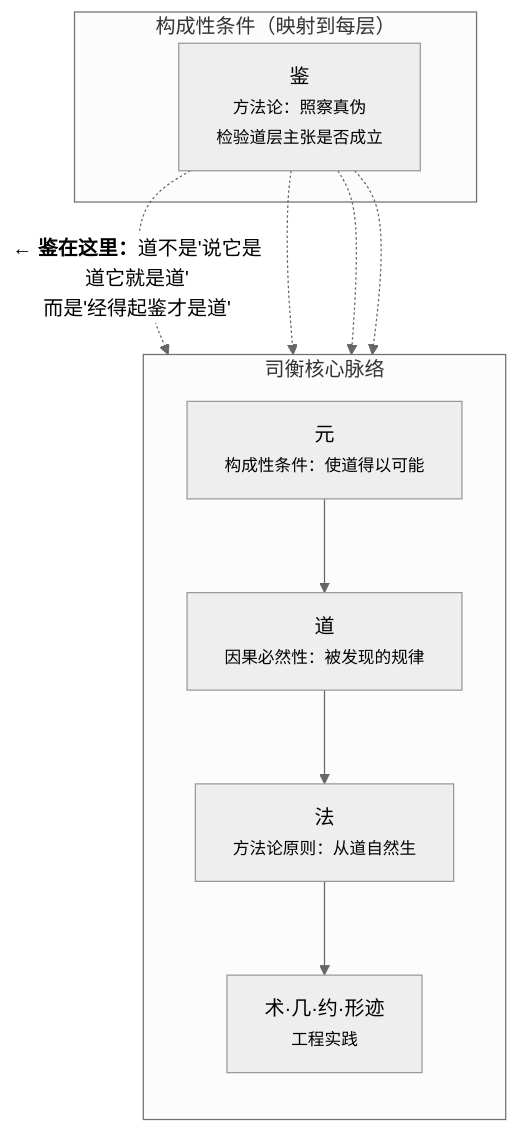
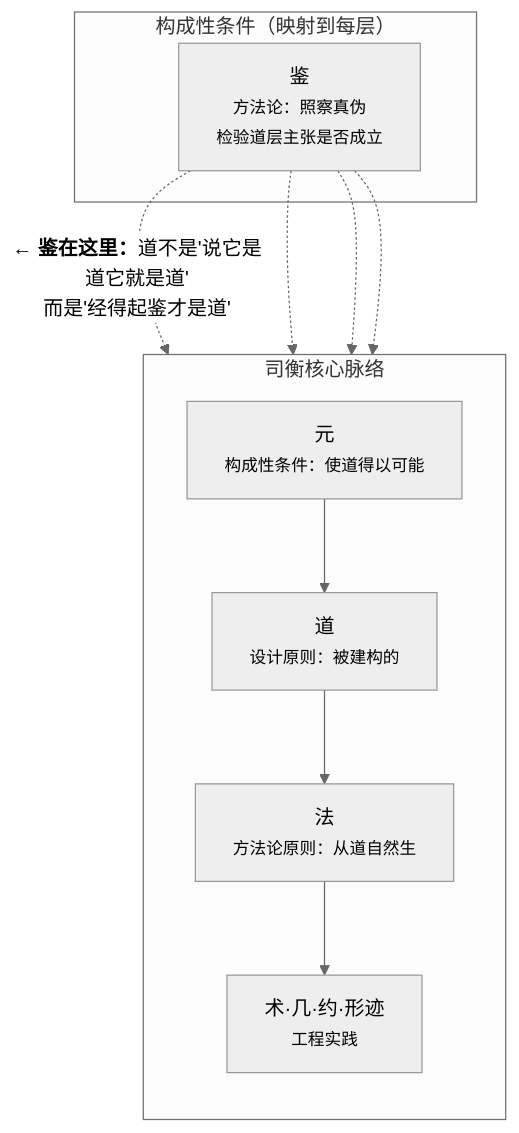
Before and after one commit to sgmov/sihankor: the first of 13 diagrams in docs/specs/philosophy/On-SiHankor-Assay.sih.md, drawn with Mermaid (neutral theme). The commit also changed other lines of this file and 9 other files, not shown here.

````diff
--- a/docs/specs/philosophy/On-SiHankor-Assay.sih.md
+++ b/docs/specs/philosophy/On-SiHankor-Assay.sih.md
@@ -28,23 +28,23 @@
 ```mermaid
 flowchart TB
     subgraph Core["司衡核心脉络"]
         direction TB
         Yuan["元<br/><small>构成性条件：使道得以可能</small>"]
-        Tao["道<br/><small>因果必然性：被发现的规律</small>"]
+        Tao["道<br/><small>设计原则：被建构的</small>"]
         Fa["法<br/><small>方法论原则：从道自然生</small>"]
         Practice["术·几·约·形迹<br/><small>工程实践</small>"]
 
         Yuan --> Tao
         Tao --> Fa
         Fa --> Practice
     end
 
     subgraph Meta["构成性条件（映射到每层）"]
         Assay["鉴<br/><small>方法论：照察真伪<br/>检验道层主张是否成立</small>"]
     end
 
     Assay -. "<b>← 鉴在这里：</b>道不是'说它是道它就是道'<br/>而是'经得起鉴才是道'" .-> Tao
     Assay -.-> Yuan
     Assay -.-> Fa
     Assay -.-> Practice
 ```
````
